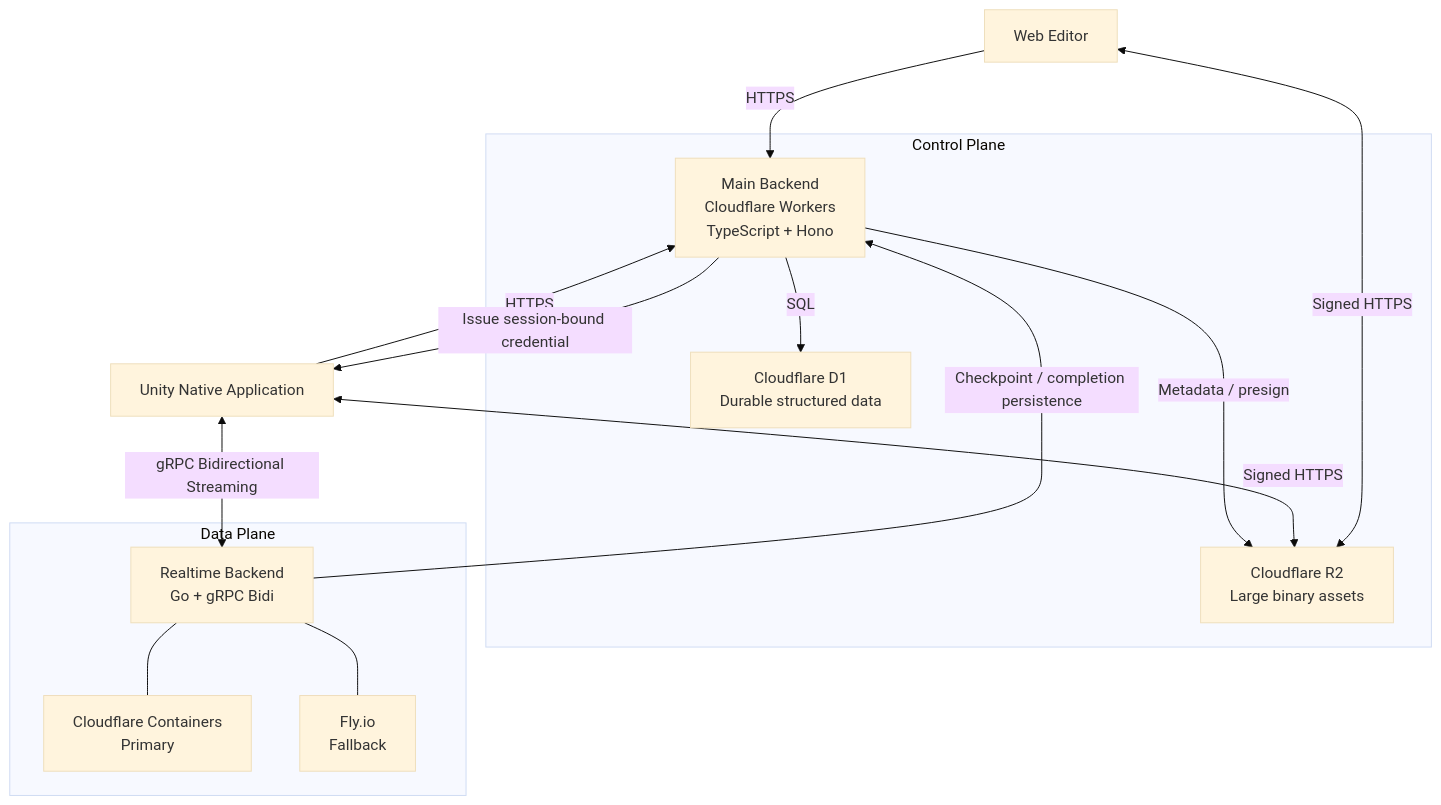
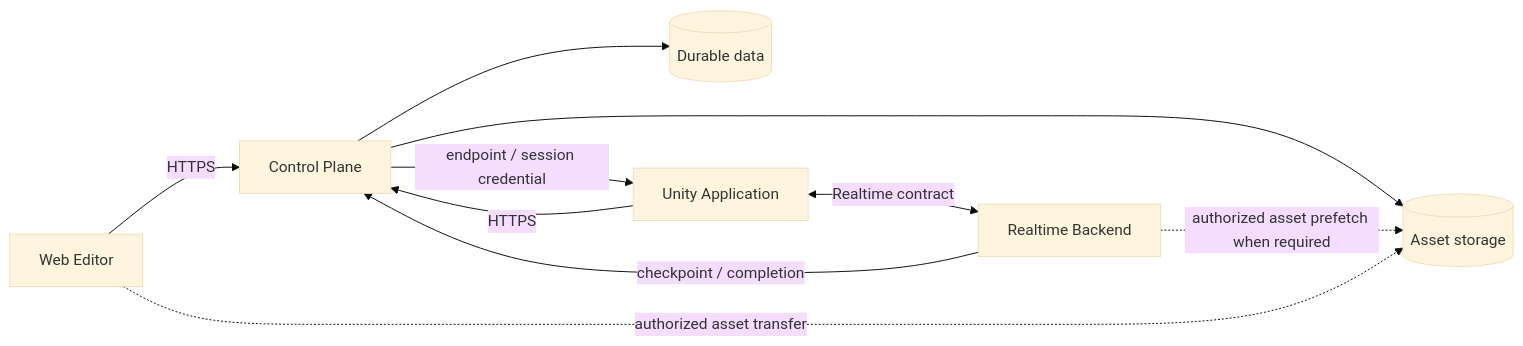
One commit to unframe-dev/unframe changed the diagram in app/server/ARCHITECTURE.md. Above: the diagram before and after it, drawn with Mermaid (base theme). The commit also changed other lines of this file and 4 other files, not shown here.

````diff
--- a/app/server/ARCHITECTURE.md
+++ b/app/server/ARCHITECTURE.md
@@ -117,29 +19,14 @@
 ```mermaid
-flowchart TB
-    Web["Web Editor"]
-    Unity["Unity Native Application"]
+flowchart LR
+    Web["Web Editor"] -->|"HTTPS"| CP["Control Plane"]
+    Unity["Unity Application"] -->|"HTTPS"| CP
+    Unity <-->|"Realtime contract"| RT["Realtime Backend"]
 
-    subgraph ControlPlane["Control Plane"]
-        Main["Main Backend\nCloudflare Workers\nTypeScript + Hono"]
-        D1["Cloudflare D1\nDurable structured data"]
-        R2["Cloudflare R2\nLarge binary assets"]
-    end
+    CP --> D1[("Durable data")]
+    CP --> R2[("Asset storage")]
+    RT -->|"checkpoint / completion"| CP
+    CP -->|"endpoint / session credential"| Unity
 
-    subgraph DataPlane["Data Plane"]
-        RT["Realtime Backend\nGo + gRPC Bidi"]
-        CF["Cloudflare Containers\nPrimary"]
-        Fly["Fly.io\nFallback"]
-    end
-
-    Web -->|"HTTPS"| Main
-    Unity -->|"HTTPS"| Main
-    Unity <-->|"gRPC Bidirectional Streaming"| RT
-    Web <-->|"Signed HTTPS"| R2
-    Unity <-->|"Signed HTTPS"| R2
-    Main -->|"SQL"| D1
-    Main -->|"Metadata / presign"| R2
-    Main -->|"Issue session-bound credential"| Unity
-    RT -->|"Checkpoint / completion persistence"| Main
-    RT --- CF
-    RT --- Fly
+    Web -.->|"authorized asset transfer"| R2
+    RT -.->|"authorized asset prefetch when required"| R2
 ```
````
